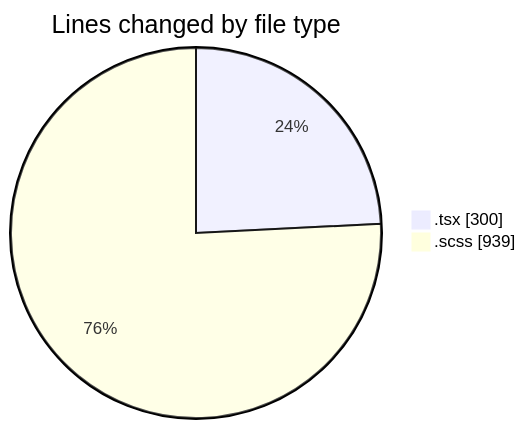
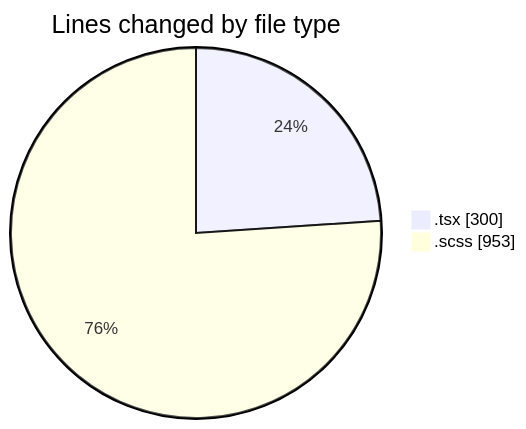
One commit to momahboobian/code-tracking changed the first of 2 diagrams in 2025-09-19/cda/README.md. Above: the diagram before and after it, drawn with Mermaid. The commit also changed other lines of this file and 1 other file, not shown here.

````diff
--- a/2025-09-19/cda/README.md
+++ b/2025-09-19/cda/README.md
@@ -21,6 +21,6 @@
 ```mermaid
 pie showData
 title Lines changed by file type
 ".tsx" : 300
-".scss" : 939
+".scss" : 953
 ```
````
